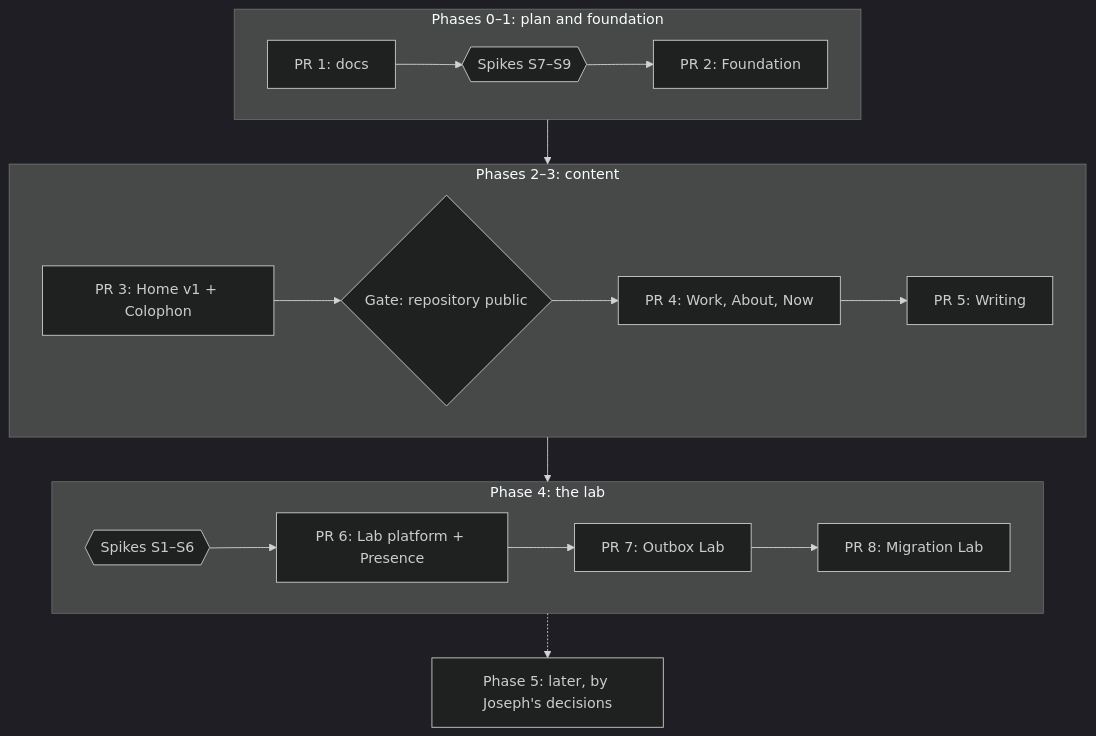
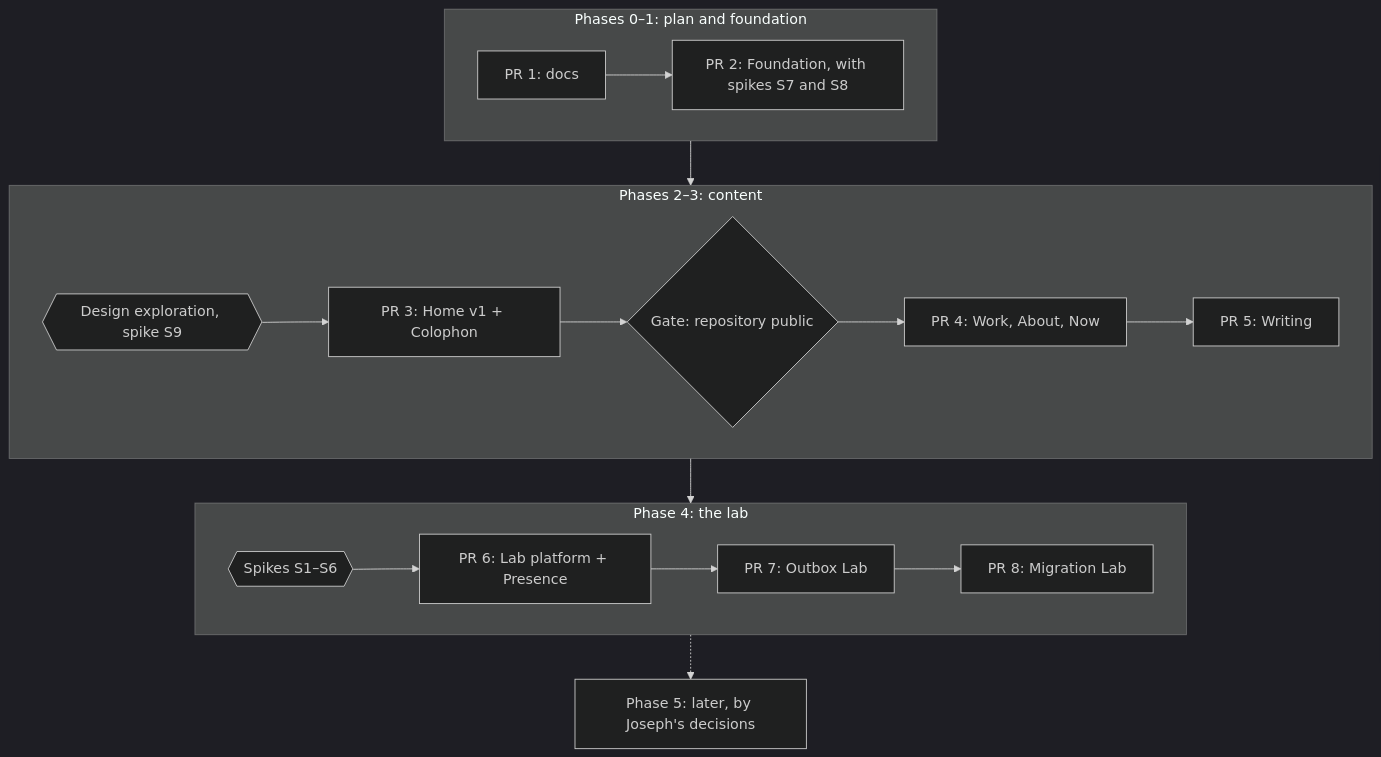
One commit to IHaveASegway/website changed the diagram in docs/roadmap.md. Above: the diagram before and after it, drawn with Mermaid (dark theme). The commit also changed other lines of this file and 7 other files, not shown here.

````diff
--- a/docs/roadmap.md
+++ b/docs/roadmap.md
@@ -70,17 +70,17 @@
 ```mermaid
 flowchart TB
   subgraph foundation["Phases 0–1: plan and foundation"]
     direction LR
-    P1["PR 1: docs"] --> S79{{"Spikes S7–S9"}} --> P2["PR 2: Foundation"]
+    P1["PR 1: docs"] --> P2["PR 2: Foundation, with spikes S7 and S8"]
   end
   subgraph content["Phases 2–3: content"]
     direction LR
-    P3["PR 3: Home v1 + Colophon"] --> G1{"Gate: repository public"} --> P4["PR 4: Work, About, Now"] --> P5["PR 5: Writing"]
+    DX{{"Design exploration, spike S9"}} --> P3["PR 3: Home v1 + Colophon"] --> G1{"Gate: repository public"} --> P4["PR 4: Work, About, Now"] --> P5["PR 5: Writing"]
   end
   subgraph lab["Phase 4: the lab"]
     direction LR
     S16{{"Spikes S1–S6"}} --> P6["PR 6: Lab platform + Presence"] --> P7["PR 7: Outbox Lab"] --> P8["PR 8: Migration Lab"]
   end
   L["Phase 5: later, by Joseph's decisions"]
   foundation --> content --> lab -.-> L
 ```
````
